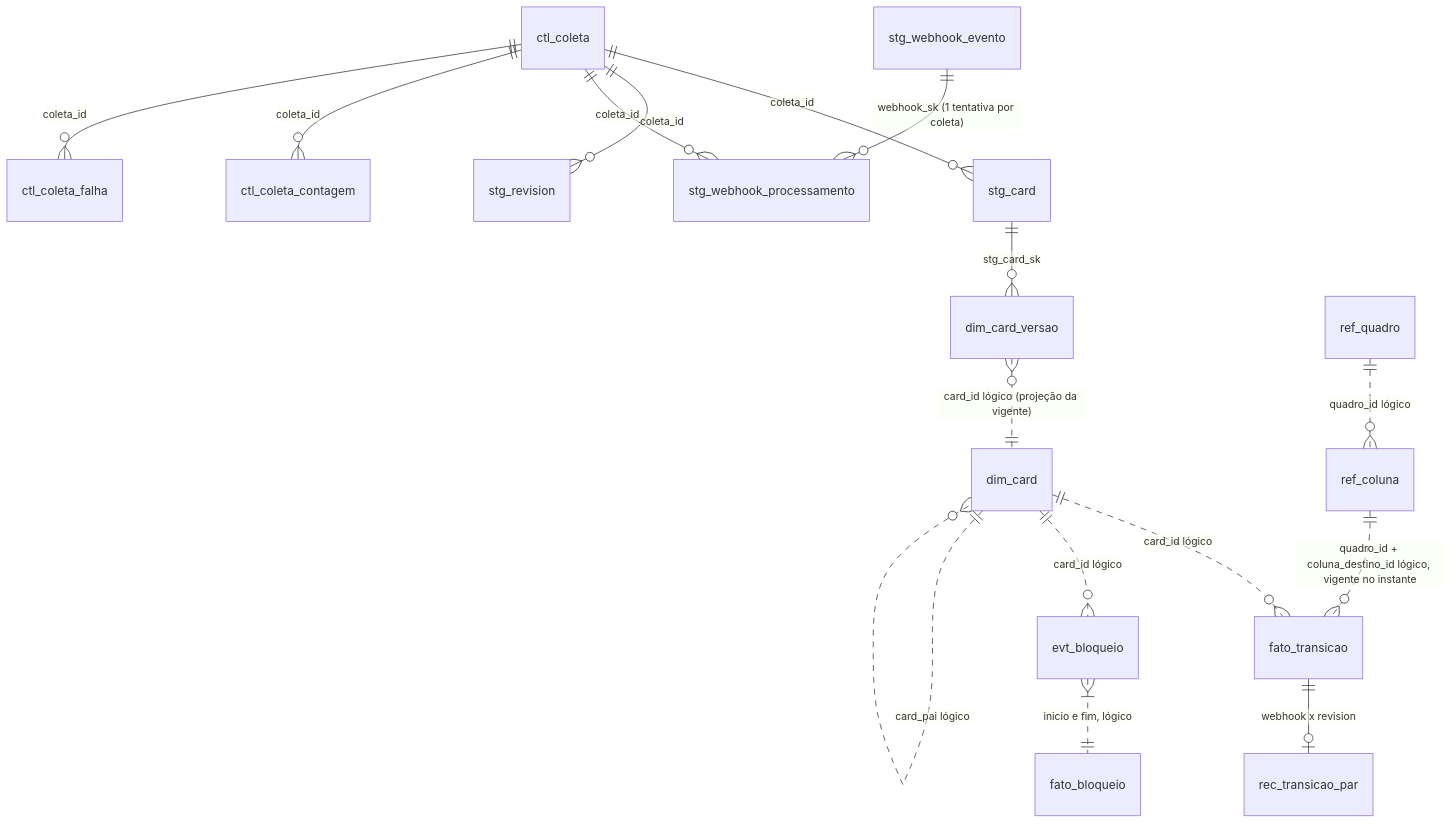
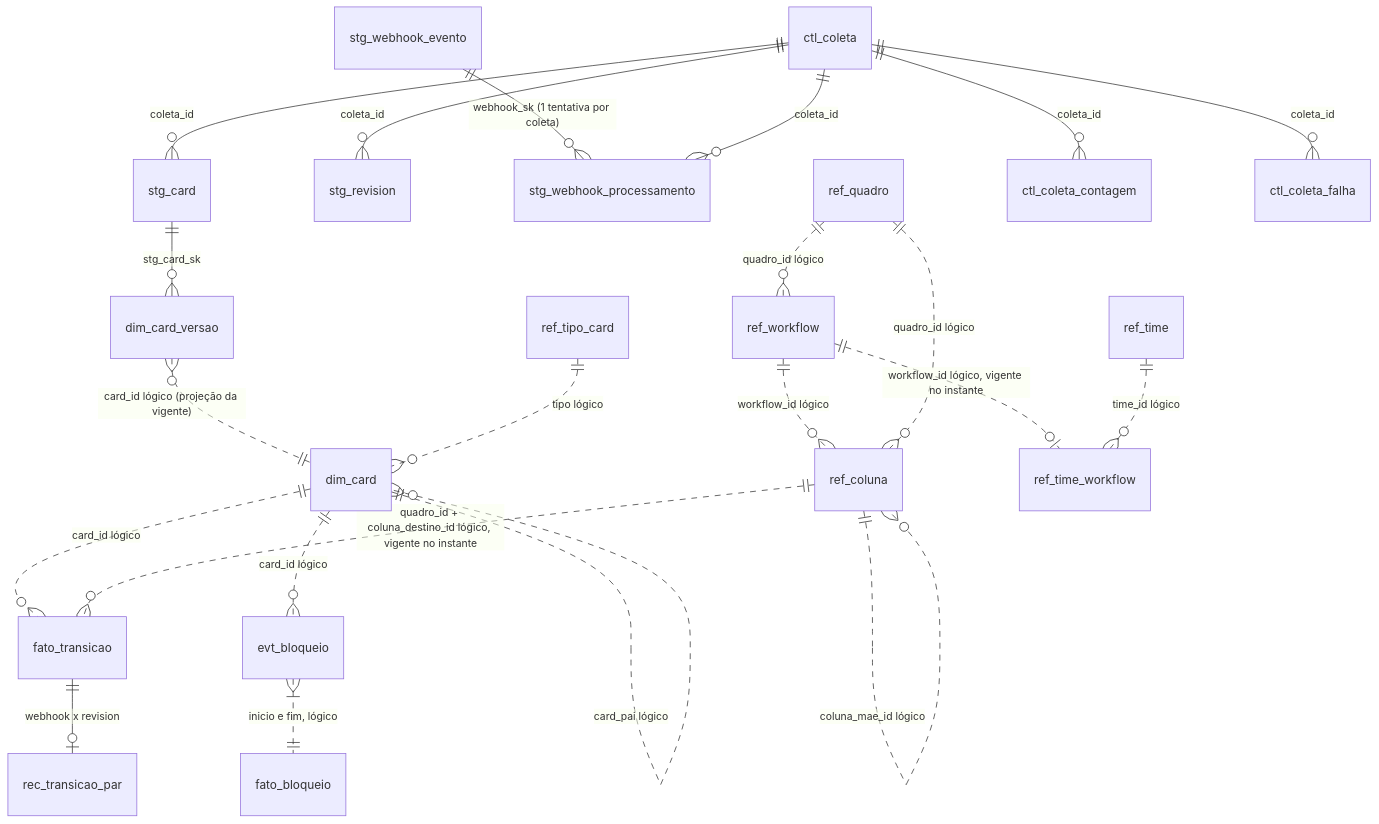
The first of 3 diagrams in docs/architecture/data-model.md (rodrigo-isensee/MetricasDSPD), drawn with Mermaid before and after one commit. The commit also changed other lines of this file and 2 other files, not shown here.

````diff
--- a/docs/architecture/data-model.md
+++ b/docs/architecture/data-model.md
@@ -42,18 +42,24 @@
 ```mermaid
 erDiagram
   ctl_coleta ||--o{ stg_card : coleta_id
   ctl_coleta ||--o{ stg_revision : coleta_id
   stg_webhook_evento ||--o{ stg_webhook_processamento : "webhook_sk (1 tentativa por coleta)"
   ctl_coleta ||--o{ stg_webhook_processamento : coleta_id
   stg_card ||--o{ dim_card_versao : stg_card_sk
   dim_card_versao }o..|| dim_card : "card_id lógico (projeção da vigente)"
   dim_card ||..o{ fato_transicao : "card_id lógico"
   dim_card ||..o{ evt_bloqueio : "card_id lógico"
   evt_bloqueio }|..|| fato_bloqueio : "inicio e fim, lógico"
   dim_card ||..o{ dim_card : "card_pai lógico"
+  ref_quadro ||..o{ ref_workflow : "quadro_id lógico"
+  ref_workflow ||..o{ ref_coluna : "workflow_id lógico"
   ref_quadro ||..o{ ref_coluna : "quadro_id lógico"
+  ref_coluna ||..o{ ref_coluna : "coluna_mae_id lógico"
   ref_coluna ||..o{ fato_transicao : "quadro_id + coluna_destino_id lógico, vigente no instante"
+  ref_workflow ||..o| ref_time_workflow : "workflow_id lógico, vigente no instante"
+  ref_time ||..o{ ref_time_workflow : "time_id lógico"
+  ref_tipo_card ||..o{ dim_card : "tipo lógico"
   fato_transicao ||--o| rec_transicao_par : "webhook x revision"
   ctl_coleta ||--o{ ctl_coleta_contagem : coleta_id
   ctl_coleta ||--o{ ctl_coleta_falha : coleta_id
 ```
````
